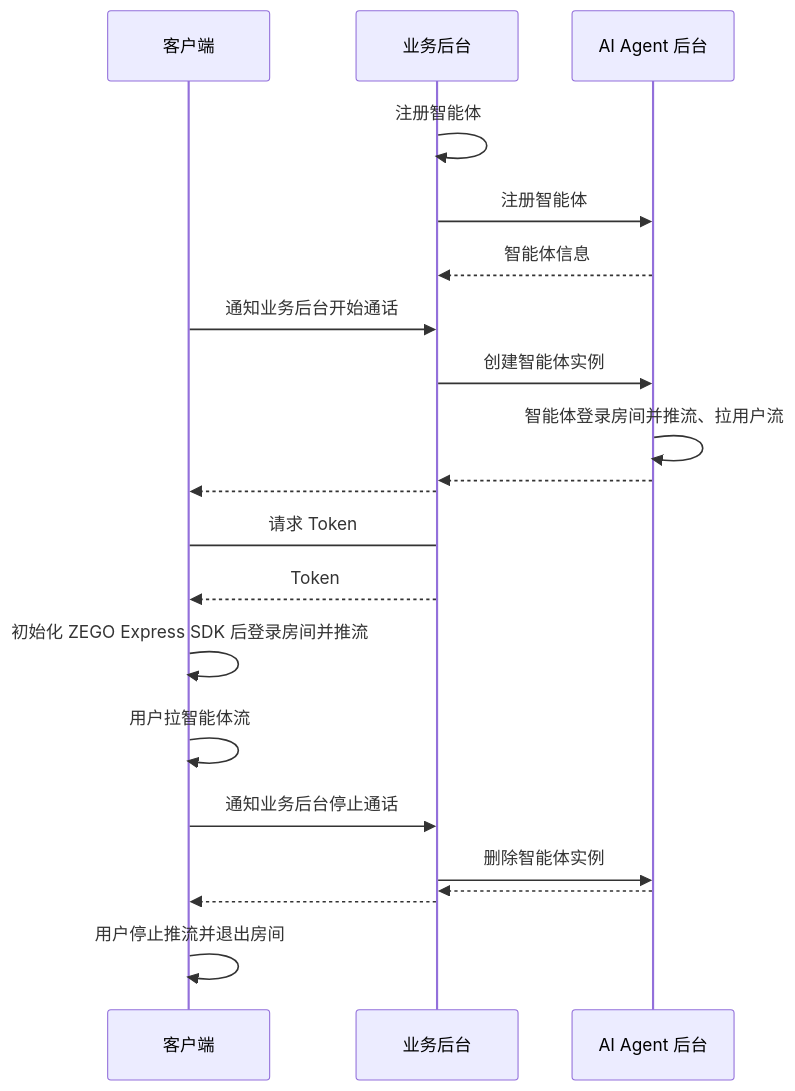
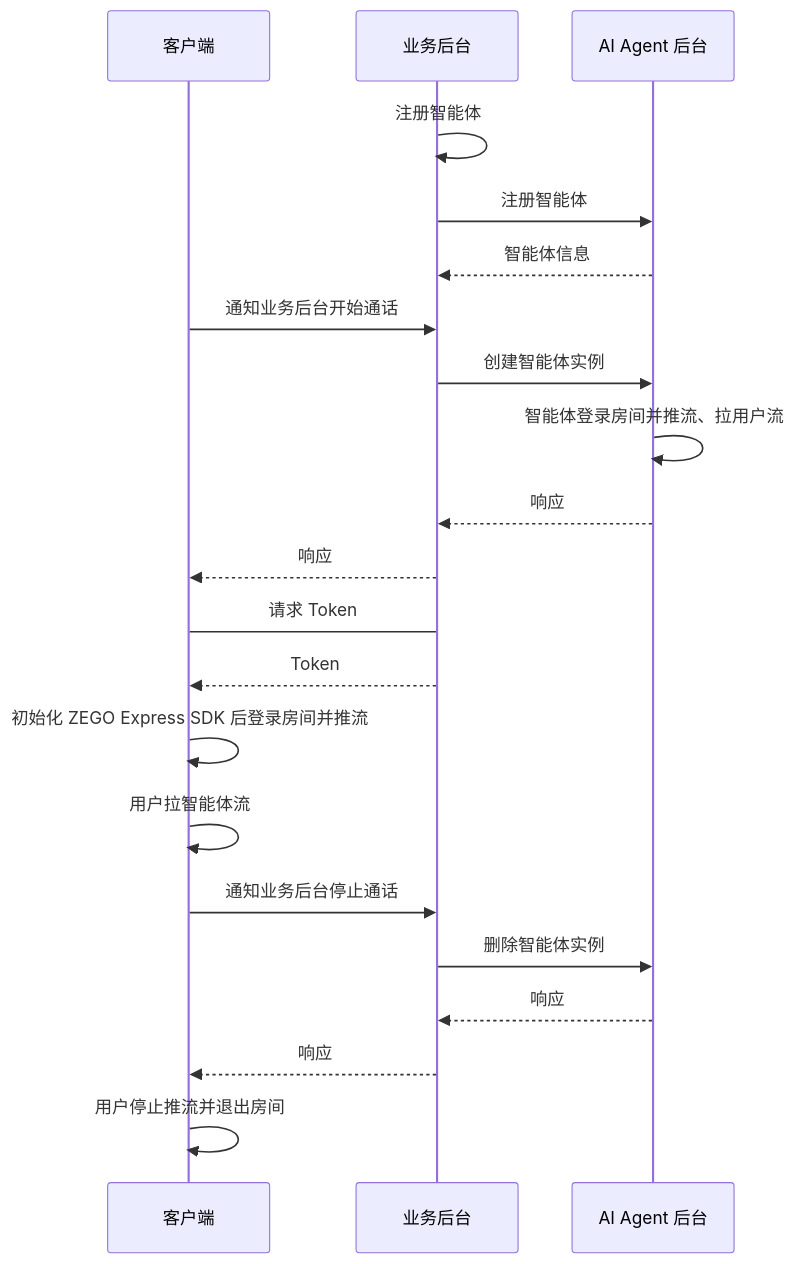
The diagram in core_products/aiagent/zh/android/quick-start.mdx (ZEGOCLOUD/docs_all), drawn with Mermaid before and after one commit. The commit also changed 11 other files, not shown here.

````diff
--- a/core_products/aiagent/zh/android/quick-start.mdx
+++ b/core_products/aiagent/zh/android/quick-start.mdx
@@ -77,31 +77,31 @@
 ```mermaid
 sequenceDiagram
     participant 客户端
     participant 业务后台
     participant AI Agent 后台
 
     业务后台->>业务后台: 注册智能体
     业务后台->>AI Agent 后台: 注册智能体
     AI Agent 后台-->>业务后台: 智能体信息
 
     客户端->>业务后台: 通知业务后台开始通话
     业务后台->>AI Agent 后台: 创建智能体实例
     AI Agent 后台->>AI Agent 后台: 智能体登录房间并推流、拉用户流
-    AI Agent 后台-->>业务后台:
-    业务后台-->>客户端:
+    AI Agent 后台-->>业务后台:响应
+    业务后台-->>客户端:响应
 
     客户端->业务后台: 请求 Token
     业务后台-->>客户端: Token
 
     客户端->>客户端: 初始化 ZEGO Express SDK 后登录房间并推流
 
 
     客户端->>客户端: 用户拉智能体流
 
     客户端->>业务后台: 通知业务后台停止通话
     业务后台->>AI Agent 后台: 删除智能体实例
-    AI Agent 后台-->>业务后台:
-    业务后台-->>客户端:
+    AI Agent 后台-->>业务后台:响应
+    业务后台-->>客户端:响应
 
     客户端->>客户端: 用户停止推流并退出房间
 ```
````
